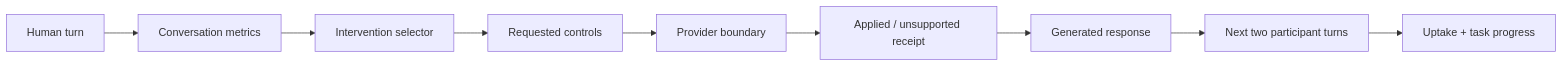
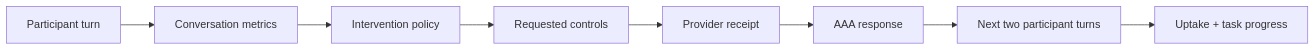
Before and after one commit to sympoietic-systems/AAA: the diagram in docs/reports/019-dialogue-feedback-control-report.md, drawn with Mermaid. The commit also changed other lines of this file and 5 other files, not shown here.

````diff
--- a/docs/reports/019-dialogue-feedback-control-report.md
+++ b/docs/reports/019-dialogue-feedback-control-report.md
@@ -22,11 +59,10 @@
 ```mermaid
 flowchart LR
-    H[Human turn] --> M[Conversation metrics]
-    M --> I[Intervention selector]
-    I --> R[Requested controls]
-    R --> P[Provider boundary]
-    P --> A[Applied / unsupported receipt]
-    A --> G[Generated response]
-    G --> O[Next two participant turns]
-    O --> E[Uptake + task progress]
+    H[Participant turn] --> M[Conversation metrics]
+    M --> I[Intervention policy]
+    I --> C[Requested controls]
+    C --> P[Provider receipt]
+    P --> A[AAA response]
+    A --> N[Next two participant turns]
+    N --> O[Uptake + task progress]
 ```
````
